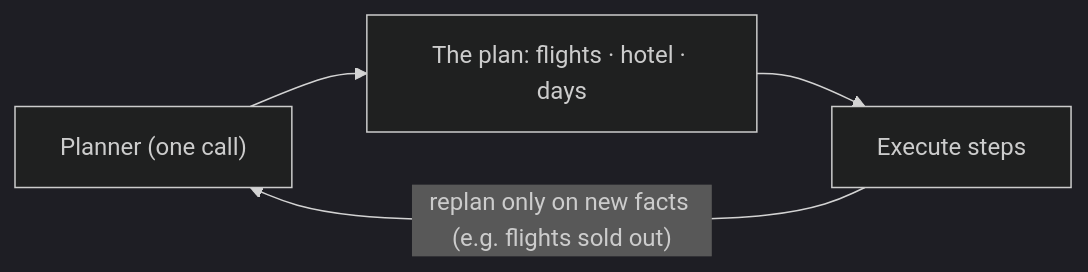
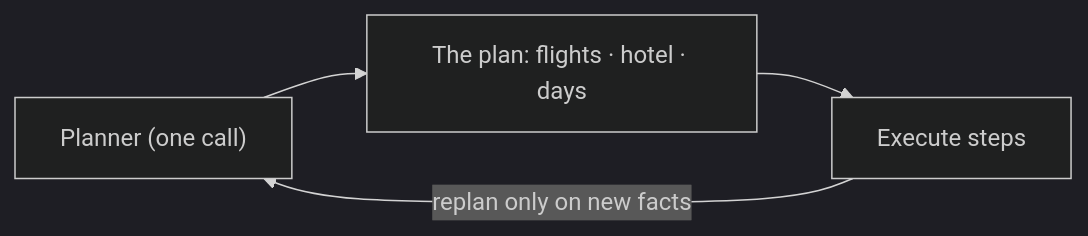
One commit to kk-engineer/robosathi changed the fifth of 6 diagrams in content/en/docs/agentic_ai/agentic_design_patterns.md. Above: the diagram before and after it, drawn with Mermaid (dark theme). The commit also changed other lines of this file and 15 other files, not shown here.

````diff
--- a/content/en/docs/agentic_ai/agentic_design_patterns.md
+++ b/content/en/docs/agentic_ai/agentic_design_patterns.md
@@ -103,6 +116,6 @@
 ```mermaid
 graph LR
     P["Planner (one call)"] --> PL["The plan: flights · hotel · days"]
     PL --> E[Execute steps]
-    E -->|"replan only on new facts (e.g. flights sold out)"| P
+    E -->|"replan only on new facts"| P
 ```
````
